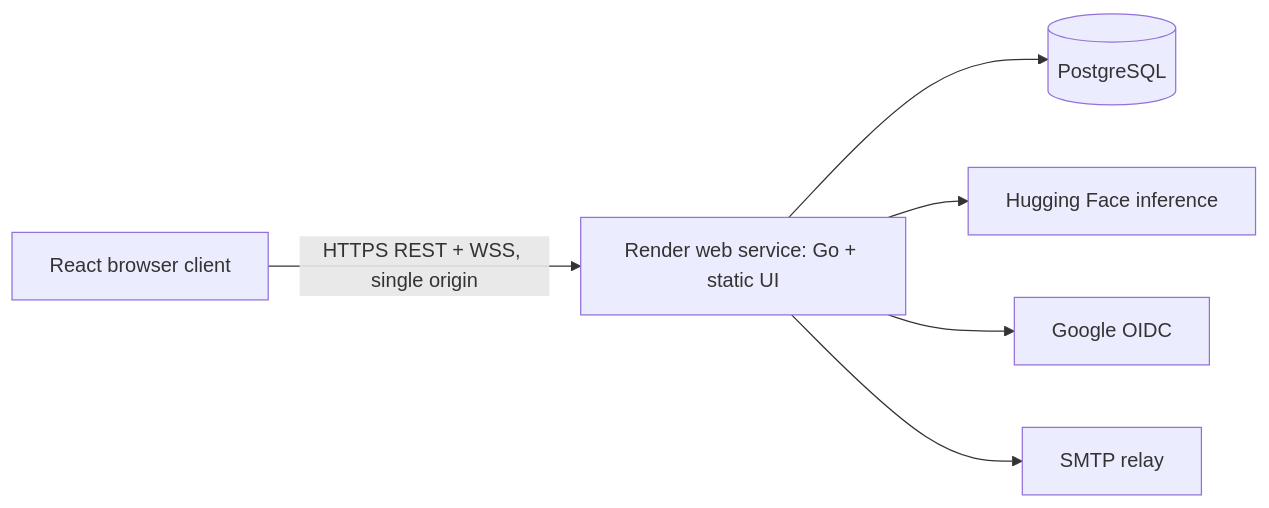
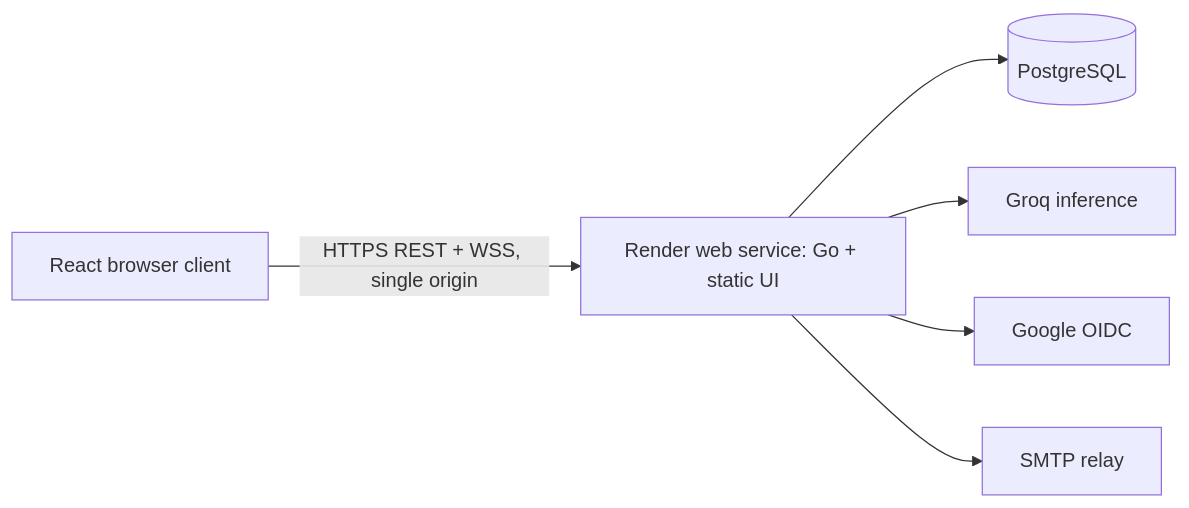
The diagram in README.md (mddanish004/Quizmaster), drawn with Mermaid before and after one commit. The commit also changed other lines of this file and 10 other files, not shown here.

Commit message:
Groq-only AI generation (ADR-017); Render free tier

````diff
--- a/README.md
+++ b/README.md
@@ -16,8 +16,8 @@
 ```mermaid
 flowchart LR
   Browser[React browser client] -->|HTTPS REST + WSS, single origin| Render[Render web service: Go + static UI]
   Render --> Neon[(PostgreSQL)]
-  Render --> HF[Hugging Face inference]
+  Render --> Groq[Groq inference]
   Render --> Google[Google OIDC]
   Render --> SMTP[SMTP relay]
 ```
````
